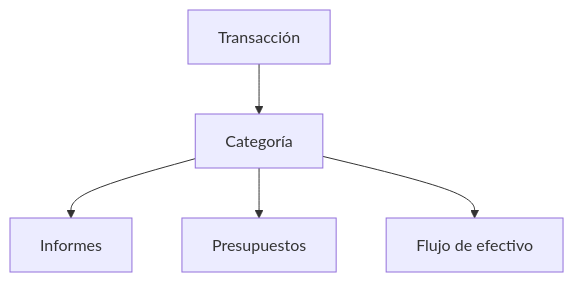
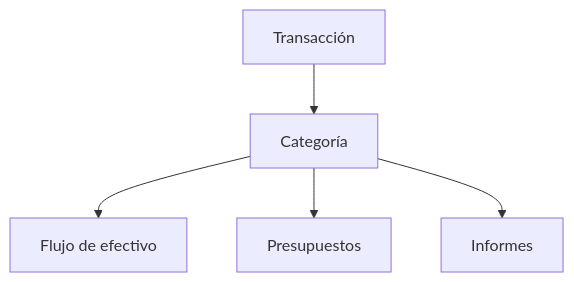
The diagram in resources/docs/documentation/es/categories.md (alexmartinezm/whisper-money), drawn with Mermaid before and after one commit. The commit also changed other lines of this file and 17 other files, not shown here.

````diff
--- a/resources/docs/documentation/es/categories.md
+++ b/resources/docs/documentation/es/categories.md
@@ -22,7 +18,7 @@
 ```mermaid
 flowchart TD
     transaction[Transacción] --> category[Categoría]
+    category --> cashflow[Flujo de efectivo]
+    category --> budgets[Presupuestos]
     category --> reports[Informes]
-    category --> budgets[Presupuestos]
-    category --> cashflow[Flujo de efectivo]
 ```
````
